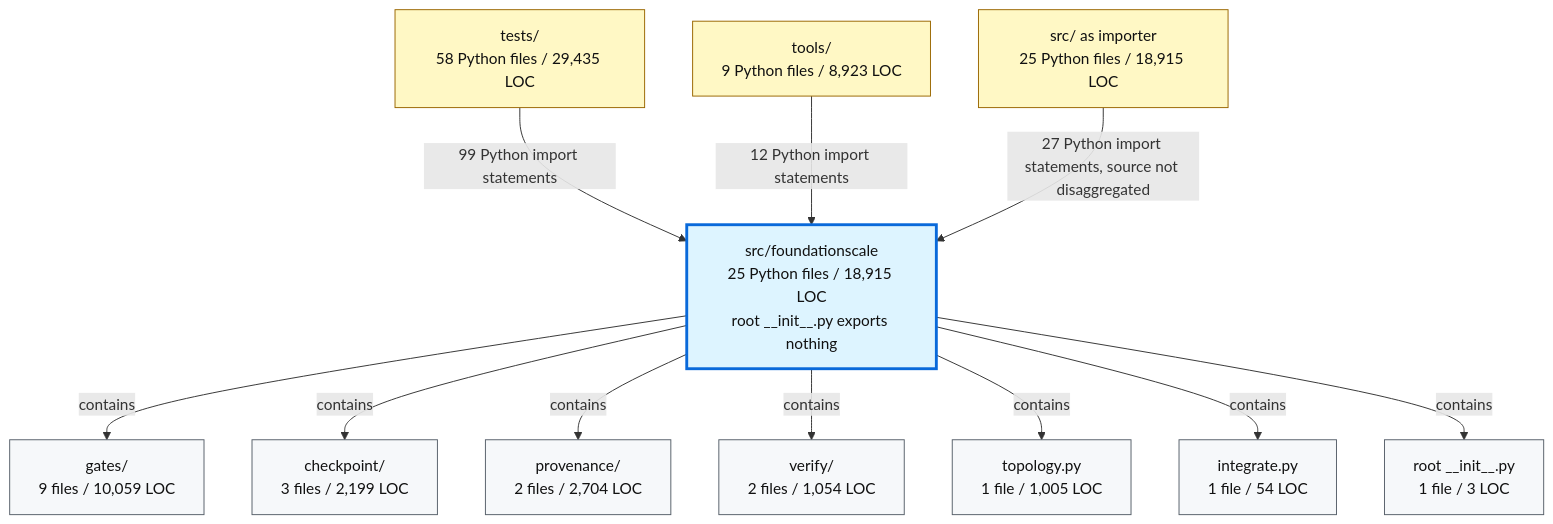
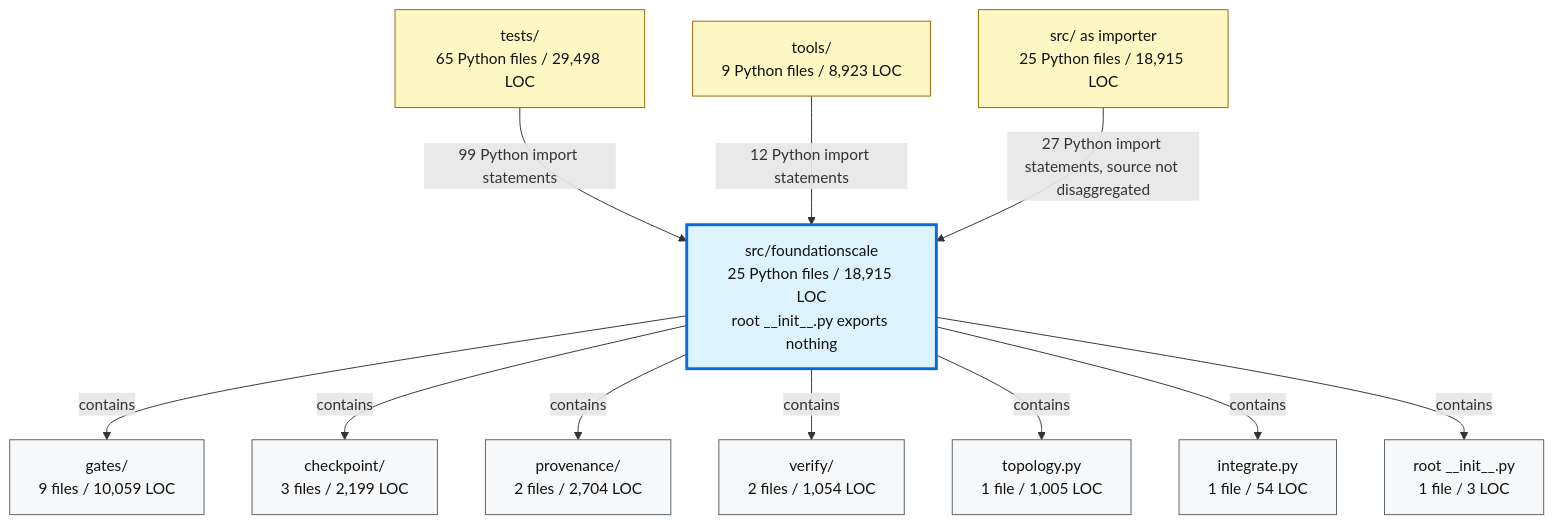
Before and after one commit to TranNhiem/FoundationScale: the second of 2 diagrams in docs/review/D2_current_architecture.md, drawn with Mermaid. The commit also changed 18 other files, not shown here.

````diff
--- a/docs/review/D2_current_architecture.md
+++ b/docs/review/D2_current_architecture.md
@@ -97,36 +97,36 @@
 ```mermaid
 flowchart TB
-  TESTS["tests/<br/>58 Python files / 29,435 LOC"]
+  TESTS["tests/<br/>65 Python files / 29,498 LOC"]
   TOOLS["tools/<br/>9 Python files / 8,923 LOC"]
   SRC["src/ as importer<br/>25 Python files / 18,915 LOC"]
 
   FS["src/foundationscale<br/>25 Python files / 18,915 LOC<br/>root __init__.py exports nothing"]
 
   GATES["gates/<br/>9 files / 10,059 LOC"]
   CKPT["checkpoint/<br/>3 files / 2,199 LOC"]
   PROV["provenance/<br/>2 files / 2,704 LOC"]
   VERIFY["verify/<br/>2 files / 1,054 LOC"]
   TOPO["topology.py<br/>1 file / 1,005 LOC"]
   INTEG["integrate.py<br/>1 file / 54 LOC"]
   ROOT["root __init__.py<br/>1 file / 3 LOC"]
 
   TESTS -->|"99 Python import statements"| FS
   TOOLS -->|"12 Python import statements"| FS
   SRC -->|"27 Python import statements, source not disaggregated"| FS
 
   FS -->|"contains"| GATES
   FS -->|"contains"| CKPT
   FS -->|"contains"| PROV
   FS -->|"contains"| VERIFY
   FS -->|"contains"| TOPO
   FS -->|"contains"| INTEG
   FS -->|"contains"| ROOT
 
   classDef consumer fill:#fff8c5,stroke:#9a6700,color:#111;
   classDef package fill:#ddf4ff,stroke:#0969da,stroke-width:3px,color:#111;
   classDef module fill:#f6f8fa,stroke:#57606a,color:#111;
 
   class TESTS,TOOLS,SRC consumer;
   class FS package;
   class GATES,CKPT,PROV,VERIFY,TOPO,INTEG,ROOT module;
 ```
````
